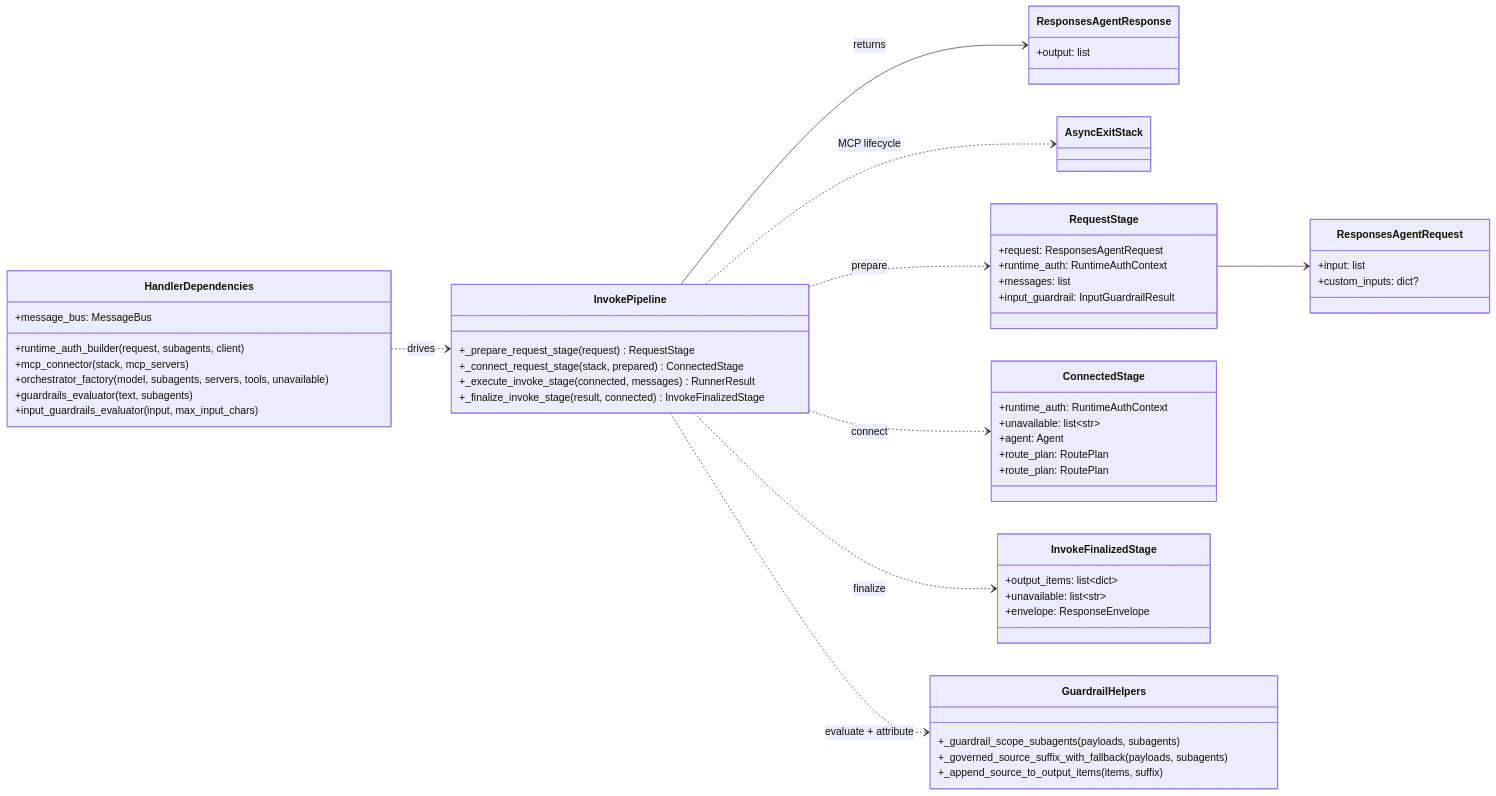
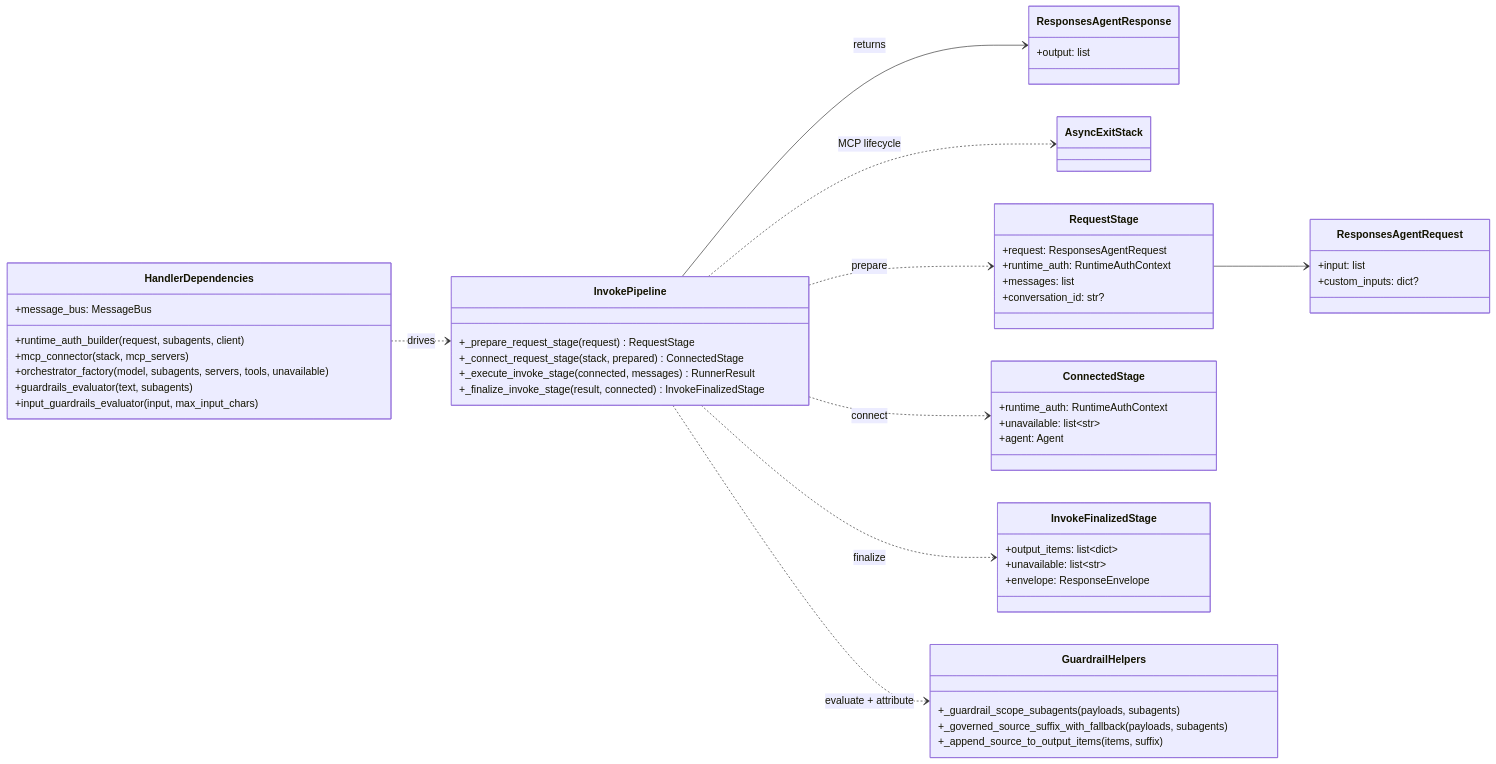
One commit to wchen-dea/Governed-Multi-Agent-Intelligence-on-Databricks changed the first of 2 diagrams in docs/architecture/design-artifacts/07-request-execution-flow-class-diagram.md. Above: the diagram before and after it, drawn with Mermaid. The commit also changed other lines of this file and 114 other files, not shown here.

````diff
--- a/docs/architecture/design-artifacts/07-request-execution-flow-class-diagram.md
+++ b/docs/architecture/design-artifacts/07-request-execution-flow-class-diagram.md
@@ -8,65 +8,63 @@
 ```mermaid
 classDiagram
 direction LR
 
 class ResponsesAgentRequest {
     +input: list
     +custom_inputs: dict?
 }
 class ResponsesAgentResponse {
     +output: list
 }
 class AsyncExitStack
 
 class RequestStage {
     +request: ResponsesAgentRequest
     +runtime_auth: RuntimeAuthContext
     +messages: list
-    +input_guardrail: InputGuardrailResult
+    +conversation_id: str?
 }
 
 class ConnectedStage {
     +runtime_auth: RuntimeAuthContext
     +unavailable: list~str~
     +agent: Agent
-    +route_plan: RoutePlan
-    +route_plan: RoutePlan
 }
 
 class InvokeFinalizedStage {
     +output_items: list~dict~
     +unavailable: list~str~
     +envelope: ResponseEnvelope
 }
 
 class HandlerDependencies {
     +runtime_auth_builder(request, subagents, client)
     +mcp_connector(stack, mcp_servers)
     +orchestrator_factory(model, subagents, servers, tools, unavailable)
     +guardrails_evaluator(text, subagents)
     +input_guardrails_evaluator(input, max_input_chars)
     +message_bus: MessageBus
 }
 
 class InvokePipeline {
     +_prepare_request_stage(request) RequestStage
     +_connect_request_stage(stack, prepared) ConnectedStage
     +_execute_invoke_stage(connected, messages) RunnerResult
     +_finalize_invoke_stage(result, connected) InvokeFinalizedStage
 }
 
 class GuardrailHelpers {
     +_guardrail_scope_subagents(payloads, subagents)
     +_governed_source_suffix_with_fallback(payloads, subagents)
     +_append_source_to_output_items(items, suffix)
 }
 
 HandlerDependencies ..> InvokePipeline : drives
 InvokePipeline ..> RequestStage : prepare
 InvokePipeline ..> ConnectedStage : connect
 InvokePipeline ..> InvokeFinalizedStage : finalize
 InvokePipeline --> ResponsesAgentResponse : returns
 InvokePipeline ..> GuardrailHelpers : evaluate + attribute
 RequestStage --> ResponsesAgentRequest
 InvokePipeline ..> AsyncExitStack : MCP lifecycle
 ```
````
